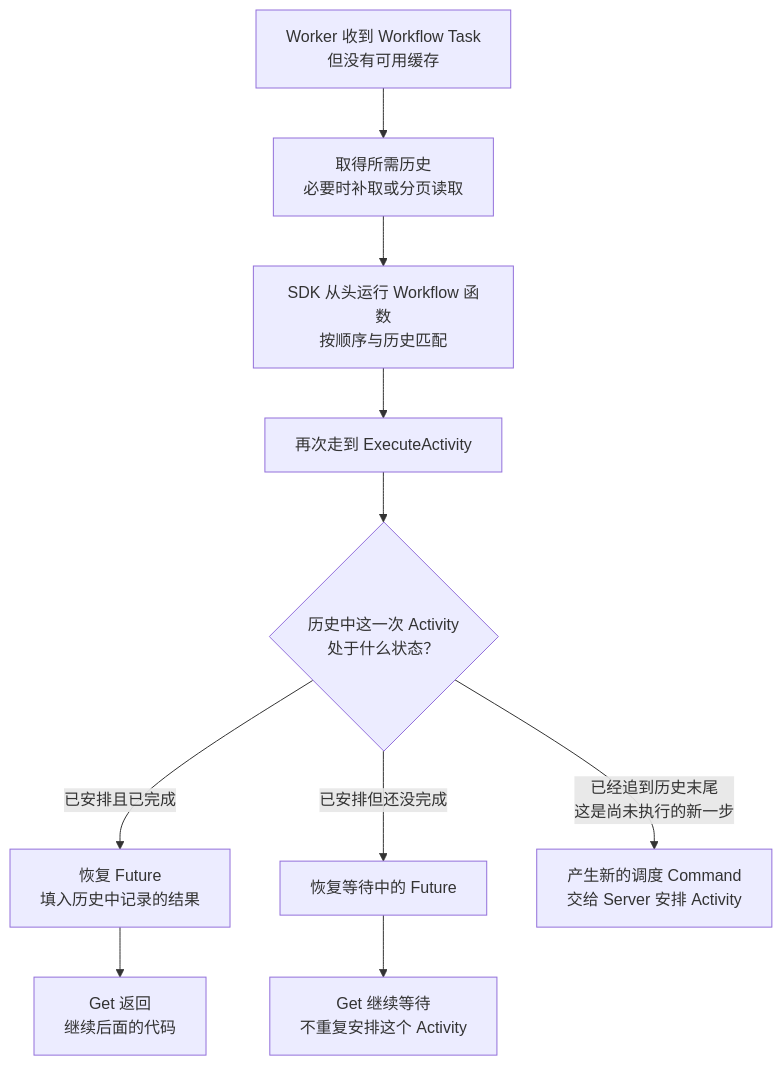
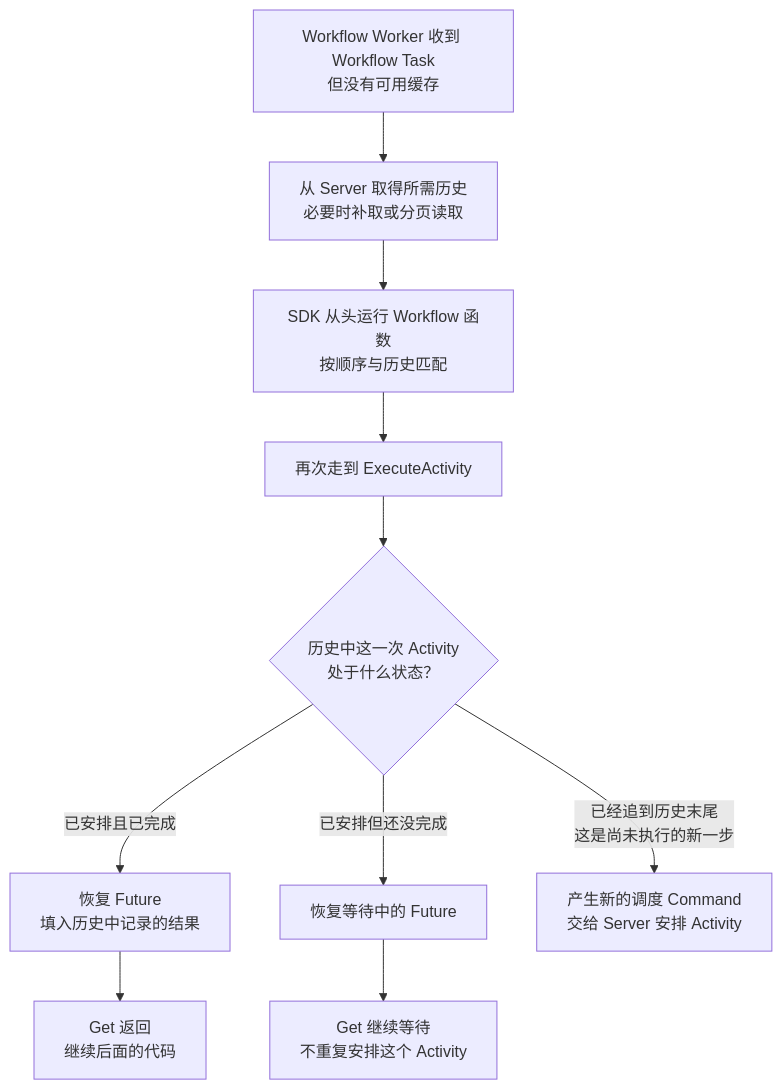
Before and after one commit to hotttao/backup: the fifth of 8 diagrams in posts/microservices/workflow/021_temporal.md, drawn with Mermaid. The commit also changed other lines of this file and 6 other files, not shown here.

````diff
--- a/posts/microservices/workflow/021_temporal.md
+++ b/posts/microservices/workflow/021_temporal.md
@@ -233,12 +343,12 @@
 ```mermaid
 flowchart TD
-    A[Worker 收到 Workflow Task<br/>但没有可用缓存] --> B[取得所需历史<br/>必要时补取或分页读取]
+    A[Workflow Worker 收到 Workflow Task<br/>但没有可用缓存] --> B[从 Server 取得所需历史<br/>必要时补取或分页读取]
     B --> C[SDK 从头运行 Workflow 函数<br/>按顺序与历史匹配]
     C --> D[再次走到 ExecuteActivity]
     D --> E{历史中这一次 Activity<br/>处于什么状态？}
     E -->|已安排且已完成| F[恢复 Future<br/>填入历史中记录的结果]
     F --> G[Get 返回<br/>继续后面的代码]
     E -->|已安排但还没完成| H[恢复等待中的 Future]
     H --> I[Get 继续等待<br/>不重复安排这个 Activity]
     E -->|已经追到历史末尾<br/>这是尚未执行的新一步| J[产生新的调度 Command<br/>交给 Server 安排 Activity]
 ```
````
